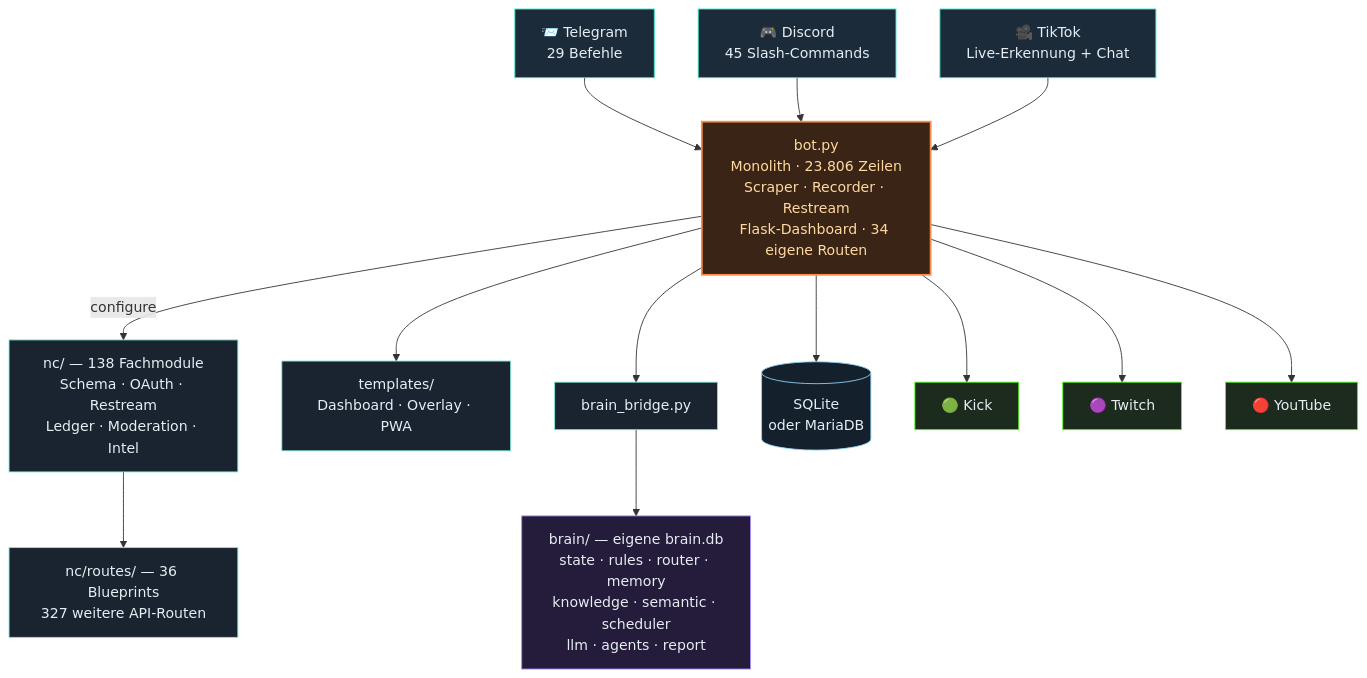
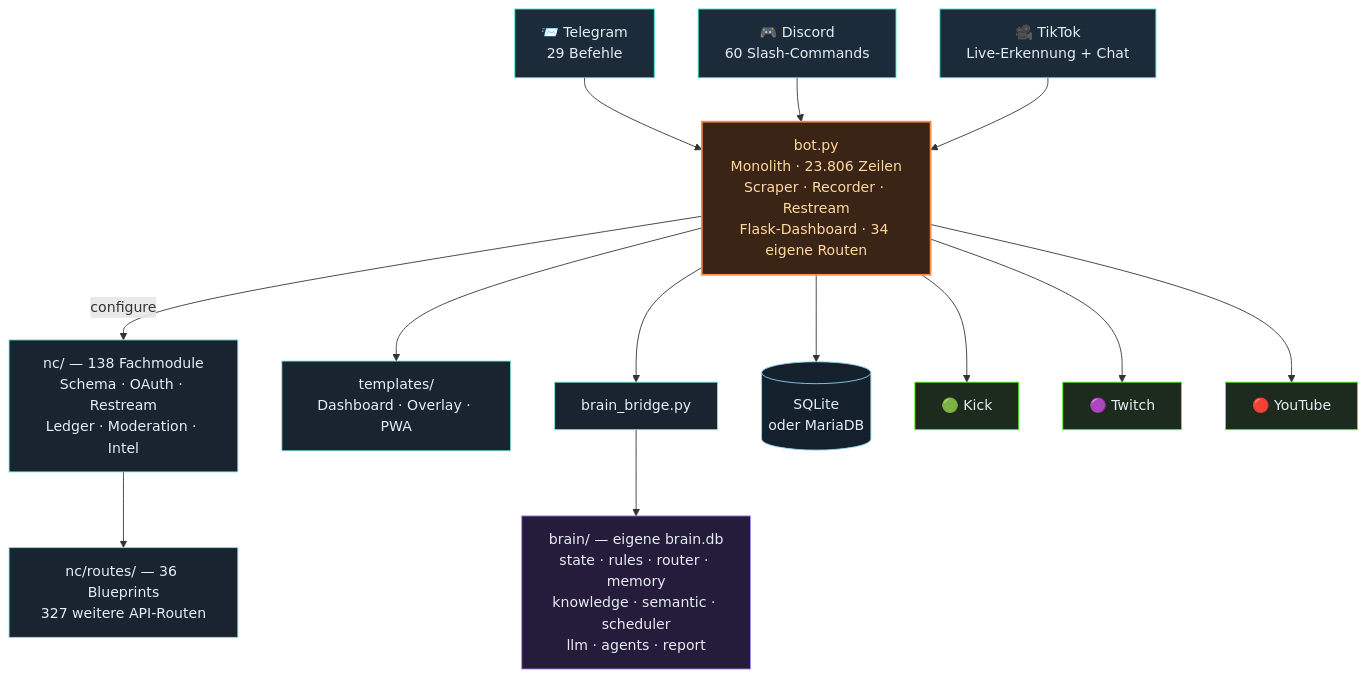
One commit to itsamemedev/Telegram-Stream-Info-Bot changed the third of 4 diagrams in README.md. Above: the diagram before and after it, drawn with Mermaid. The commit also changed other lines of this file and 6 other files, not shown here.

First line of the commit message:
v4.2-W73: 15 Slash-Commands waren für Werkzeug und Doku unsichtbar

````diff
--- a/README.md
+++ b/README.md
@@ -189,30 +189,30 @@
 ```mermaid
 flowchart TB
     TG["📨 Telegram<br/>29 Befehle"]:::ein
-    DC["🎮 Discord<br/>45 Slash-Commands"]:::ein
+    DC["🎮 Discord<br/>60 Slash-Commands"]:::ein
     TT["🎥 TikTok<br/>Live-Erkennung + Chat"]:::ein
 
     TG --> BOT
     DC --> BOT
     TT --> BOT
 
     BOT["bot.py<br/>Monolith · 23.806 Zeilen<br/>Scraper · Recorder · Restream<br/>Flask-Dashboard · 34 eigene Routen"]:::core
 
     BOT -->|configure| NC["nc/ — 138 Fachmodule<br/>Schema · OAuth · Restream<br/>Ledger · Moderation · Intel"]:::lib
     NC --> RT["nc/routes/ — 36 Blueprints<br/>327 weitere API-Routen"]:::lib
     BOT --> TPL["templates/<br/>Dashboard · Overlay · PWA"]:::lib
     BOT --> BR["brain_bridge.py"]:::lib
     BR --> BRAIN["brain/ — eigene brain.db<br/>state · rules · router · memory<br/>knowledge · semantic · scheduler<br/>llm · agents · report"]:::brain
     BOT --> DB[("SQLite<br/>oder MariaDB")]:::db
 
     BOT --> KICK["🟢 Kick"]:::out
     BOT --> TW["🟣 Twitch"]:::out
     BOT --> YT["🔴 YouTube"]:::out
 
     classDef ein fill:#1c2b3a,stroke:#2de1c2,color:#e6edf3
     classDef core fill:#3a2415,stroke:#ff8c42,stroke-width:2px,color:#ffd9a0
     classDef lib fill:#1a2430,stroke:#7fe7d4,color:#e6edf3
     classDef brain fill:#241c3a,stroke:#a78bfa,color:#e6edf3
     classDef db fill:#14202c,stroke:#8fd3f4,color:#e6edf3
     classDef out fill:#1c2b1e,stroke:#53fc18,color:#e6edf3
 ```
````
